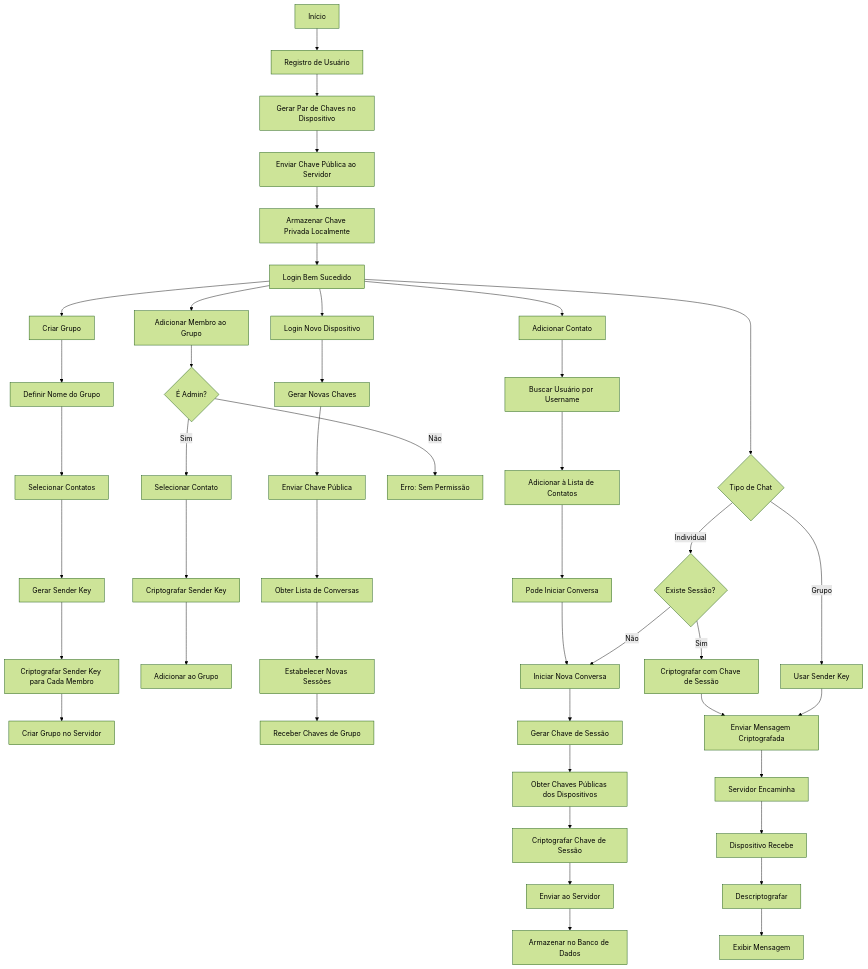
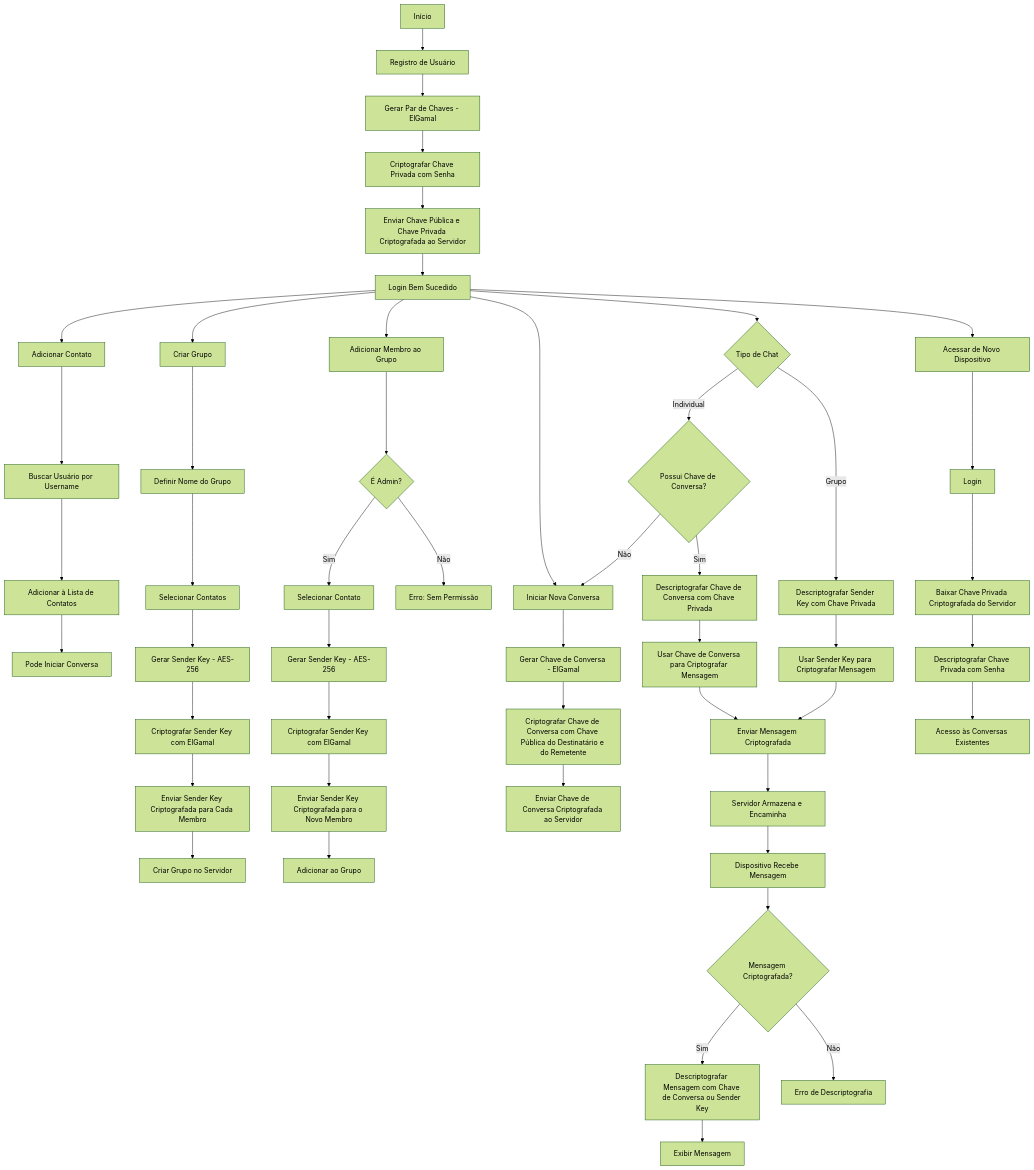
The second of 2 diagrams in README.md (Gugarauj07/ChatE2EE-ElgamalCrypto), drawn with Mermaid (forest theme) before and after one commit. The commit also changed other lines of this file, not shown here.

````diff
--- a/README.md
+++ b/README.md
@@ -87,62 +62,59 @@
 ```mermaid
 graph TD
-    %% Registro e Login Inicial
-    A[Início] --> B[Registro de Usuário]
-    B --> C[Gerar Par de Chaves no Dispositivo]
-    C --> D[Enviar Chave Pública ao Servidor]
-    D --> E[Armazenar Chave Privada Localmente]
-    E --> F[Login Bem Sucedido]
-
-    %% Gestão de Contatos
-    F --> G1[Adicionar Contato]
-    G1 --> H1[Buscar Usuário por Username]
-    H1 --> I1[Adicionar à Lista de Contatos]
-    I1 --> J1[Pode Iniciar Conversa]
-
-    %% Criação de Grupo
-    F --> G2[Criar Grupo]
-    G2 --> H2[Definir Nome do Grupo]
-    H2 --> I2[Selecionar Contatos]
-    I2 --> J2[Gerar Sender Key]
-    J2 --> K2[Criptografar Sender Key para Cada Membro]
-    K2 --> L2[Criar Grupo no Servidor]
-
-    %% Adicionar Membro ao Grupo
-    F --> G3[Adicionar Membro ao Grupo]
-    G3 --> H3{É Admin?}
-    H3 -->|Sim| I3[Selecionar Contato]
-    I3 --> J3[Criptografar Sender Key]
-    J3 --> K3[Adicionar ao Grupo]
-    H3 -->|Não| L3[Erro: Sem Permissão]
-
-    %% Novo Dispositivo
-    F --> G4[Login Novo Dispositivo]
-    G4 --> H4[Gerar Novas Chaves]
-    H4 --> I4[Enviar Chave Pública]
-    I4 --> J4[Obter Lista de Conversas]
-    J4 --> K4[Estabelecer Novas Sessões]
-    K4 --> L4[Receber Chaves de Grupo]
-
-    %% Estabelecimento de Sessão
-    J1 --> M[Iniciar Nova Conversa]
-    M --> N[Gerar Chave de Sessão]
-    N --> O[Obter Chaves Públicas dos Dispositivos]
-    O --> P[Criptografar Chave de Sessão]
-    P --> Q[Enviar ao Servidor]
-    Q --> R[Armazenar no Banco de Dados]
-
-    %% Fluxo de Mensagens
-    F --> S{Tipo de Chat}
-    S -->|Individual| T{Existe Sessão?}
-    T -->|Não| M
-    T -->|Sim| U[Criptografar com Chave de Sessão]
-    S -->|Grupo| V[Usar Sender Key]
-    U --> W[Enviar Mensagem Criptografada]
-    V --> W
-
-    %% Recebimento
-    W --> X[Servidor Encaminha]
-    X --> Y[Dispositivo Recebe]
-    Y --> Z[Descriptografar]
-    Z --> AA[Exibir Mensagem]
+%% Registro e Login Inicial
+A[Início] --> B[Registro de Usuário]
+B --> C[Gerar Par de Chaves - ElGamal]
+C --> D[Criptografar Chave Privada com Senha]
+D --> E[Enviar Chave Pública e Chave Privada Criptografada ao Servidor]
+E --> F[Login Bem Sucedido]
+%% Gestão de Contatos
+F --> H1[Adicionar Contato]
+H1 --> I1[Buscar Usuário por Username]
+I1 --> J1[Adicionar à Lista de Contatos]
+J1 --> K1[Pode Iniciar Conversa]
+%% Criação de Grupo
+F --> H2[Criar Grupo]
+H2 --> I2[Definir Nome do Grupo]
+I2 --> J2[Selecionar Contatos]
+J2 --> K2[Gerar Sender Key - AES-256]
+K2 --> L2[Criptografar Sender Key com ElGamal]
+L2 --> M2[Enviar Sender Key Criptografada para Cada Membro]
+M2 --> N2[Criar Grupo no Servidor]
+%% Adicionar Membro ao Grupo
+F --> H3[Adicionar Membro ao Grupo]
+H3 --> I3{É Admin?}
+I3 -->|Sim| J3[Selecionar Contato]
+J3 --> K3[Gerar Sender Key - AES-256]
+K3 --> L3[Criptografar Sender Key com ElGamal]
+L3 --> M3[Enviar Sender Key Criptografada para o Novo Membro]
+M3 --> N3[Adicionar ao Grupo]
+I3 -->|Não| O3[Erro: Sem Permissão]
+%% Estabelecimento de Sessão
+F --> H4[Iniciar Nova Conversa]
+H4 --> I4[Gerar Chave de Conversa - ElGamal]
+I4 --> J4[Criptografar Chave de Conversa com Chave Pública do Destinatário e do Remetente]
+J4 --> K4[Enviar Chave de Conversa Criptografada ao Servidor]
+%% Fluxo de Mensagens Individuais
+F --> M4{Tipo de Chat}
+M4 -->|Individual| N4{Possui Chave de Conversa?}
+N4 -->|Não| H4
+N4 -->|Sim| O4[Descriptografar Chave de Conversa com Chave Privada]
+O4 --> P4[Usar Chave de Conversa para Criptografar Mensagem]
+M4 -->|Grupo| Q4[Descriptografar Sender Key com Chave Privada]
+Q4 --> R4[Usar Sender Key para Criptografar Mensagem]
+P4 --> S4[Enviar Mensagem Criptografada]
+R4 --> S4
+%% Recebimento de Mensagens
+S4 --> T4[Servidor Armazena e Encaminha]
+T4 --> U4[Dispositivo Recebe Mensagem]
+U4 --> V4{Mensagem Criptografada?}
+V4 -->|Sim| W4[Descriptografar Mensagem com Chave de Conversa ou Sender Key]
+V4 -->|Não| X4[Erro de Descriptografia]
+W4 --> Y4[Exibir Mensagem]
+%% Acesso de Novo Dispositivo
+F --> Z1[Acessar de Novo Dispositivo]
+Z1 --> Z2[Login]
+Z2 --> Z3[Baixar Chave Privada Criptografada do Servidor]
+Z3 --> Z4[Descriptografar Chave Privada com Senha]
+Z4 --> Z5[Acesso às Conversas Existentes]
 ```
````
